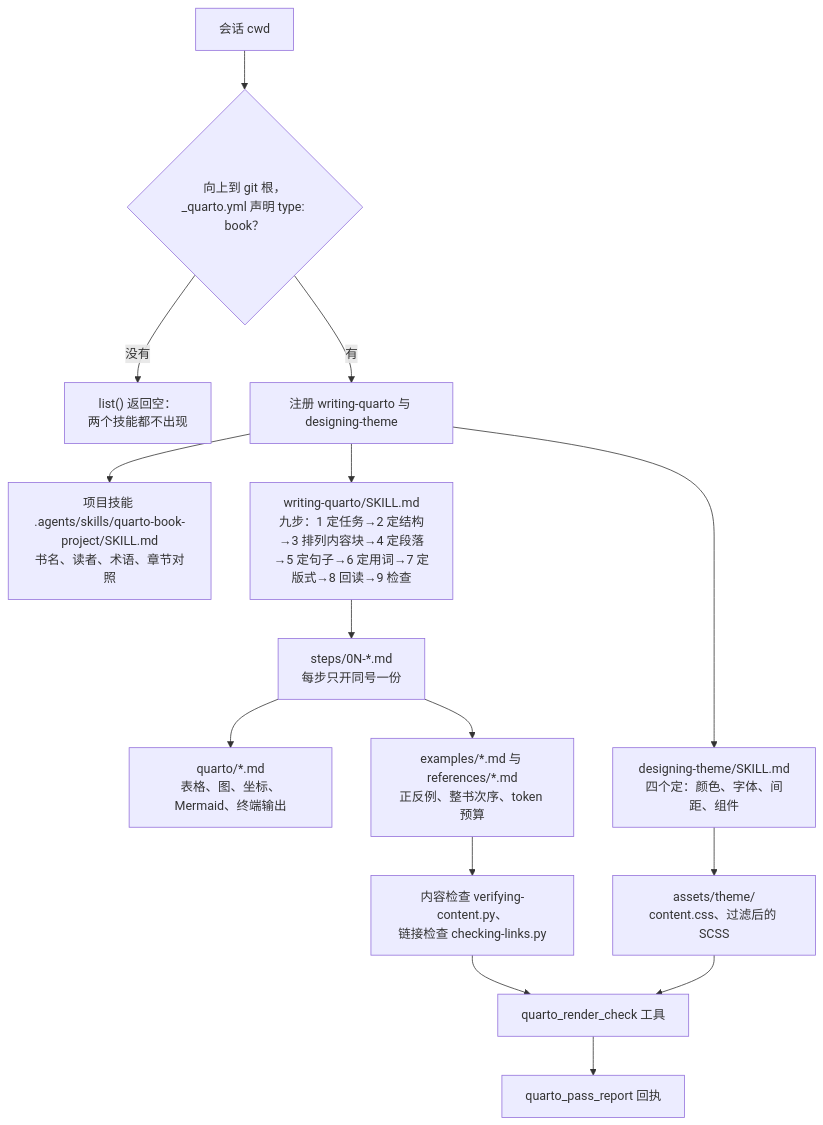
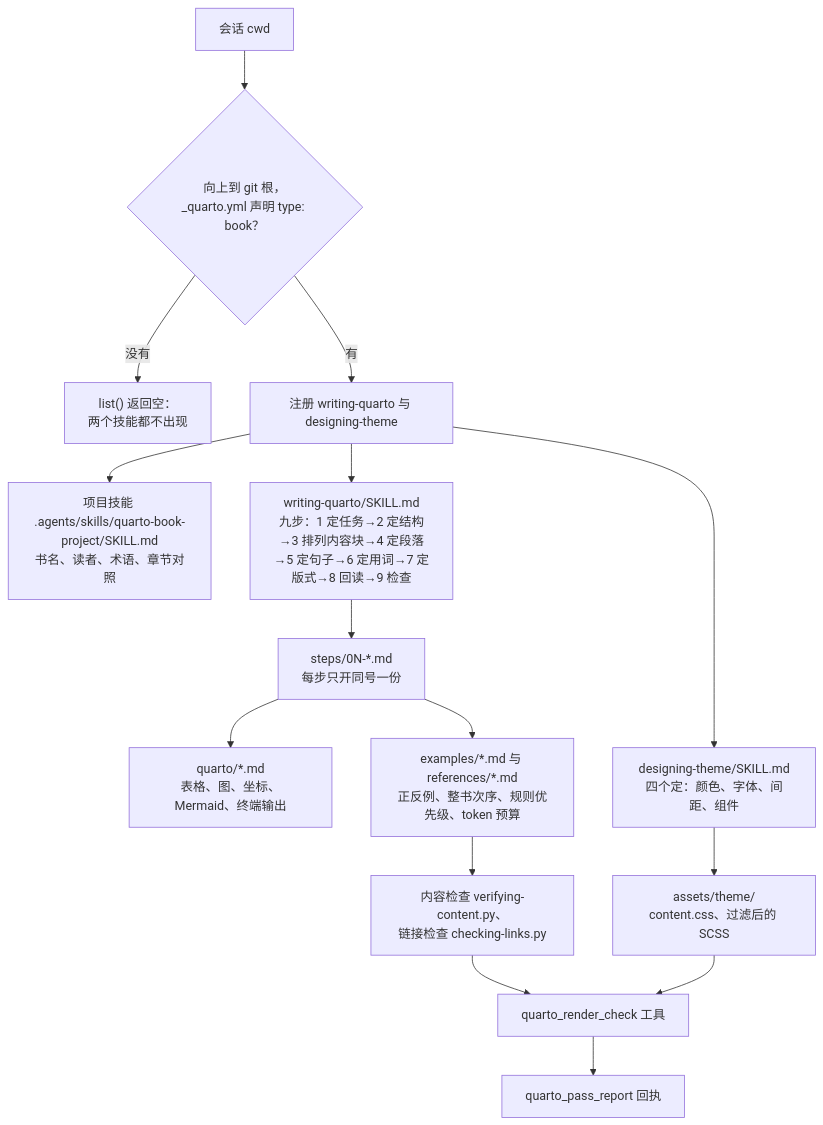
One commit to chengzhao-dev/dsh-quarto-book changed the diagram in docs/architecture.md. Above: the diagram before and after it, drawn with Mermaid. The commit also changed 26 other files, not shown here.

````diff
--- a/docs/architecture.md
+++ b/docs/architecture.md
@@ -7,17 +7,17 @@
 ```mermaid
 flowchart TD
     A["会话 cwd"] --> B{"向上到 git 根，<br/>_quarto.yml 声明 type: book？"}
     B -- 没有 --> C["list() 返回空：<br/>两个技能都不出现"]
     B -- 有 --> D["注册 writing-quarto 与 designing-theme"]
     D --> E["项目技能 .agents/skills/quarto-book-project/SKILL.md<br/>书名、读者、术语、章节对照"]
     D --> F["writing-quarto/SKILL.md<br/>九步：1 定任务→2 定结构→3 排列内容块→4 定段落→5 定句子→6 定用词→7 定版式→8 回读→9 检查"]
     F --> G["steps/0N-*.md<br/>每步只开同号一份"]
     G --> H["quarto/*.md<br/>表格、图、坐标、Mermaid、终端输出"]
-    G --> I["examples/*.md 与 references/*.md<br/>正反例、整书次序、token 预算"]
+    G --> I["examples/*.md 与 references/*.md<br/>正反例、整书次序、规则优先级、token 预算"]
     I --> J["内容检查 verifying-content.py、<br/>链接检查 checking-links.py"]
     D --> K["designing-theme/SKILL.md<br/>四个定：颜色、字体、间距、组件"]
     K --> L["assets/theme/<br/>content.css、过滤后的 SCSS"]
     J --> M["quarto_render_check 工具"]
     L --> M
     M --> N["quarto_pass_report 回执"]
 ```
````
